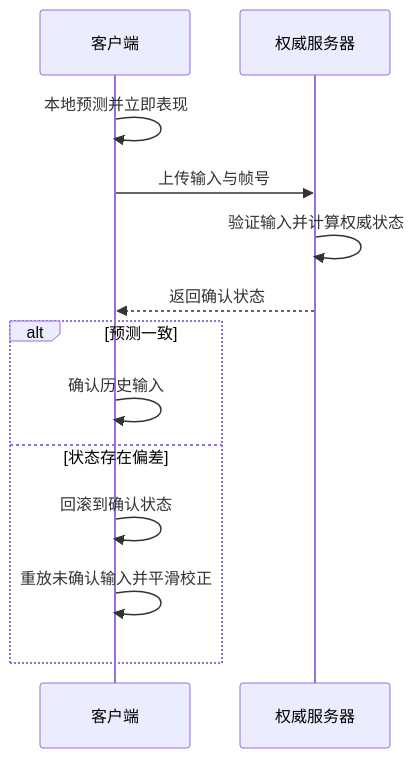
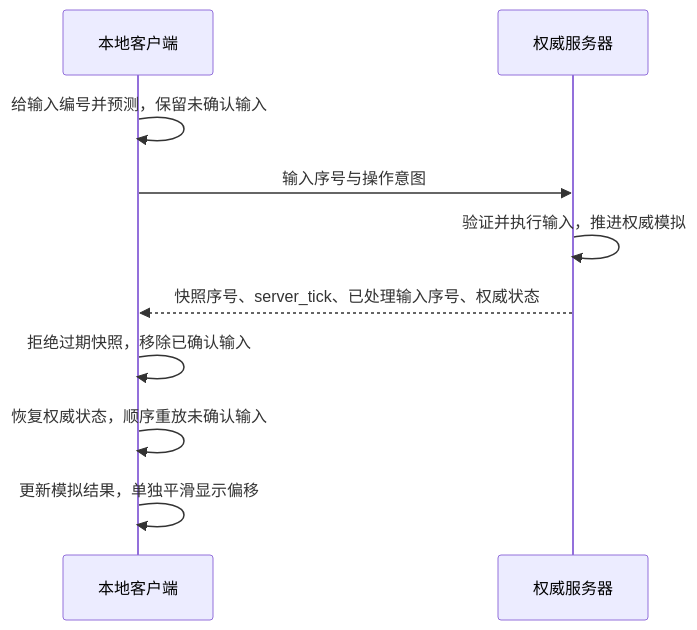
Before and after one commit to gonglei007/GameDevMind: the second of 2 diagrams in mds/3.研发能力/3.2.2.网游网络同步.md, drawn with Mermaid. The commit also changed other lines of this file and 9 other files, not shown here.

````diff
--- a/mds/3.研发能力/3.2.2.网游网络同步.md
+++ b/mds/3.研发能力/3.2.2.网游网络同步.md
@@ -107,15 +121,12 @@
 ```mermaid
 sequenceDiagram
-    participant C as 客户端
+    participant C as 本地客户端
     participant S as 权威服务器
-    C->>C: 本地预测并立即表现
-    C->>S: 上传输入与帧号
-    S->>S: 验证输入并计算权威状态
-    S-->>C: 返回确认状态
-    alt 预测一致
-        C->>C: 确认历史输入
-    else 状态存在偏差
-        C->>C: 回滚到确认状态
-        C->>C: 重放未确认输入并平滑校正
-    end
+    C->>C: 给输入编号并预测，保留未确认输入
+    C->>S: 输入序号与操作意图
+    S->>S: 验证并执行输入，推进权威模拟
+    S-->>C: 快照序号、server_tick、已处理输入序号、权威状态
+    C->>C: 拒绝过期快照，移除已确认输入
+    C->>C: 恢复权威状态，顺序重放未确认输入
+    C->>C: 更新模拟结果，单独平滑显示偏移
 ```
````
